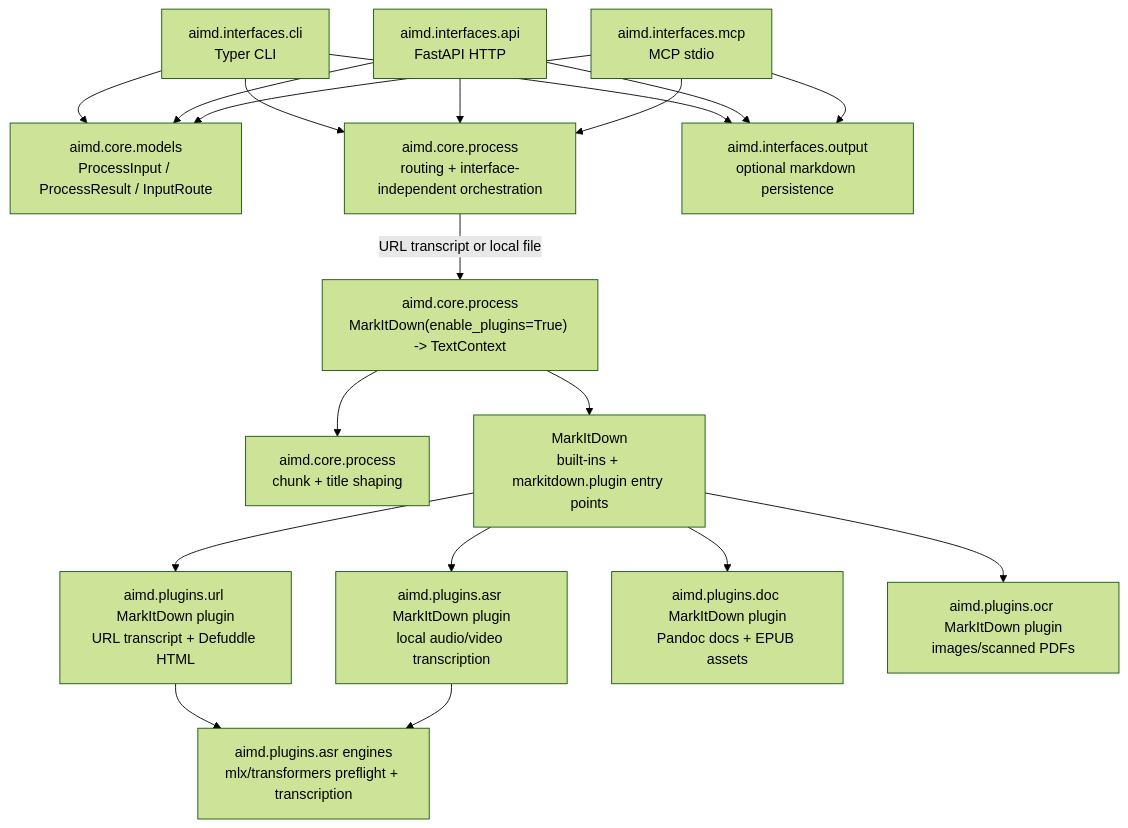
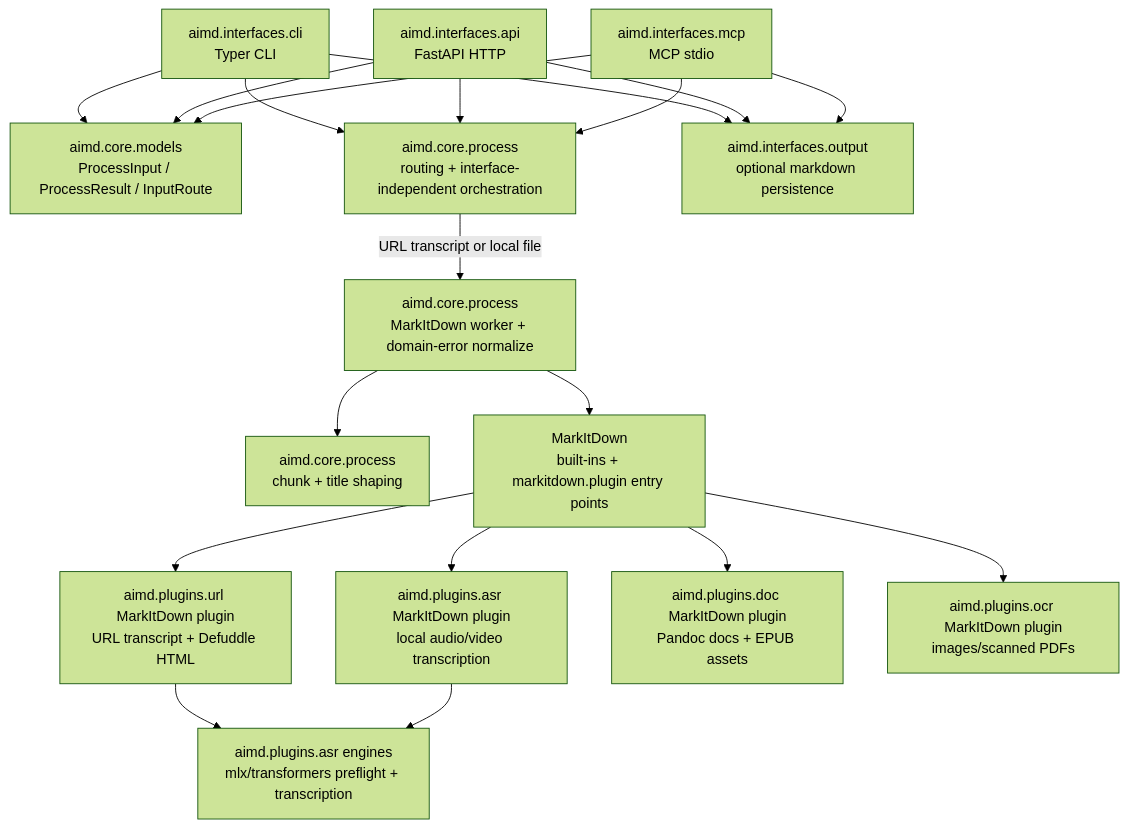
One commit to shuuul/aimd changed the diagram in AGENTS.md. Above: the diagram before and after it, drawn with Mermaid (forest theme). The commit also changed other lines of this file and 27 other files, not shown here.

````diff
--- a/AGENTS.md
+++ b/AGENTS.md
@@ -44,35 +44,35 @@
 ```mermaid
 flowchart TD
     CLI["aimd.interfaces.cli\nTyper CLI"]
     API["aimd.interfaces.api\nFastAPI HTTP"]
     MCP["aimd.interfaces.mcp\nMCP stdio"]
 
     Models["aimd.core.models\nProcessInput / ProcessResult / InputRoute"]
     Process["aimd.core.process\nrouting + interface-independent orchestration"]
 
-    MID["aimd.core.process\nMarkItDown(enable_plugins=True) -> TextContext"]
+    MID["aimd.core.process\nMarkItDown worker + domain-error normalize"]
     Markdown["aimd.core.process\nchunk + title shaping"]
 
     URLPlugin["aimd.plugins.url MarkItDown plugin\nURL transcript + Defuddle HTML"]
     ASRPlugin["aimd.plugins.asr MarkItDown plugin\nlocal audio/video transcription"]
     ASR["aimd.plugins.asr engines\nmlx/transformers preflight + transcription"]
     DocPlugin["aimd.plugins.doc MarkItDown plugin\nPandoc docs + EPUB assets"]
     OCRPlugin["aimd.plugins.ocr MarkItDown plugin\nimages/scanned PDFs"]
     MarkItDown["MarkItDown\nbuilt-ins + markitdown.plugin entry points"]
 
     CLI --> Models
     API --> Models
     MCP --> Models
     CLI --> Process
     API --> Process
     MCP --> Process
     Process -->|URL transcript or local file| MID --> MarkItDown
     MarkItDown --> URLPlugin --> ASR
     MarkItDown --> ASRPlugin --> ASR
     MarkItDown --> DocPlugin
     MarkItDown --> OCRPlugin
     MID --> Markdown
     CLI --> Output["aimd.interfaces.output\noptional markdown persistence"]
     API --> Output
     MCP --> Output
 ```
````
